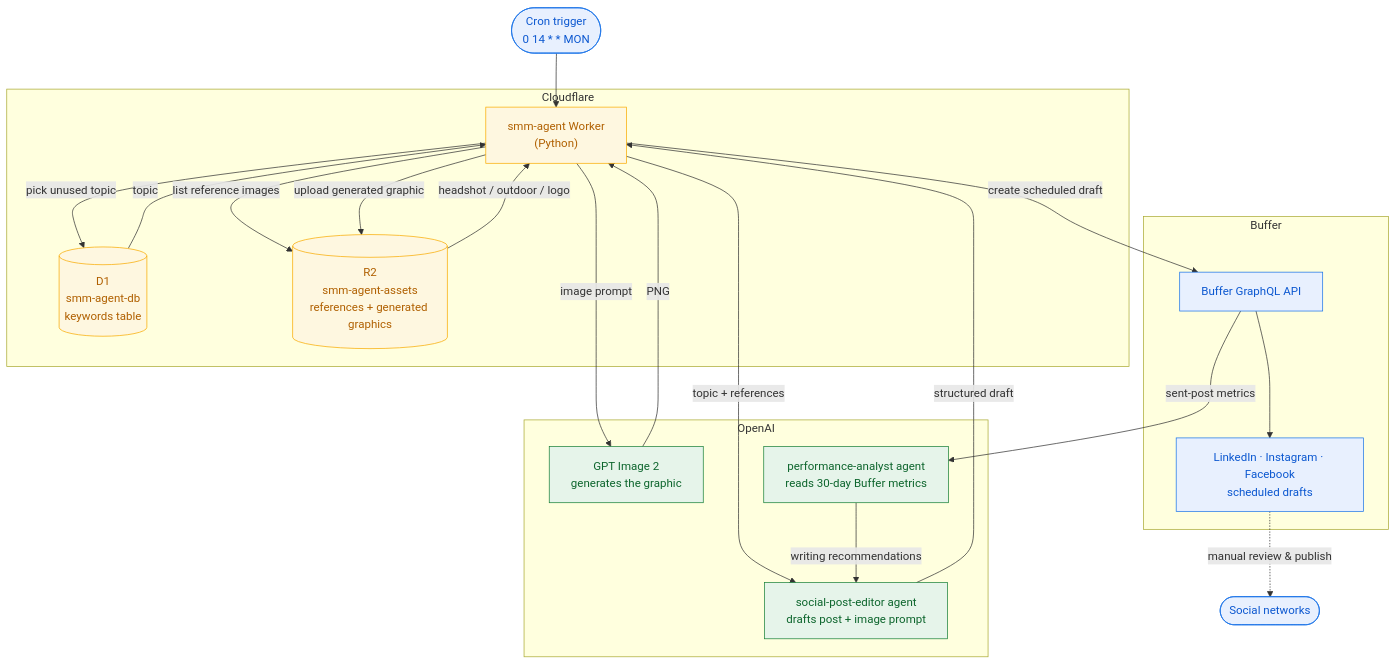
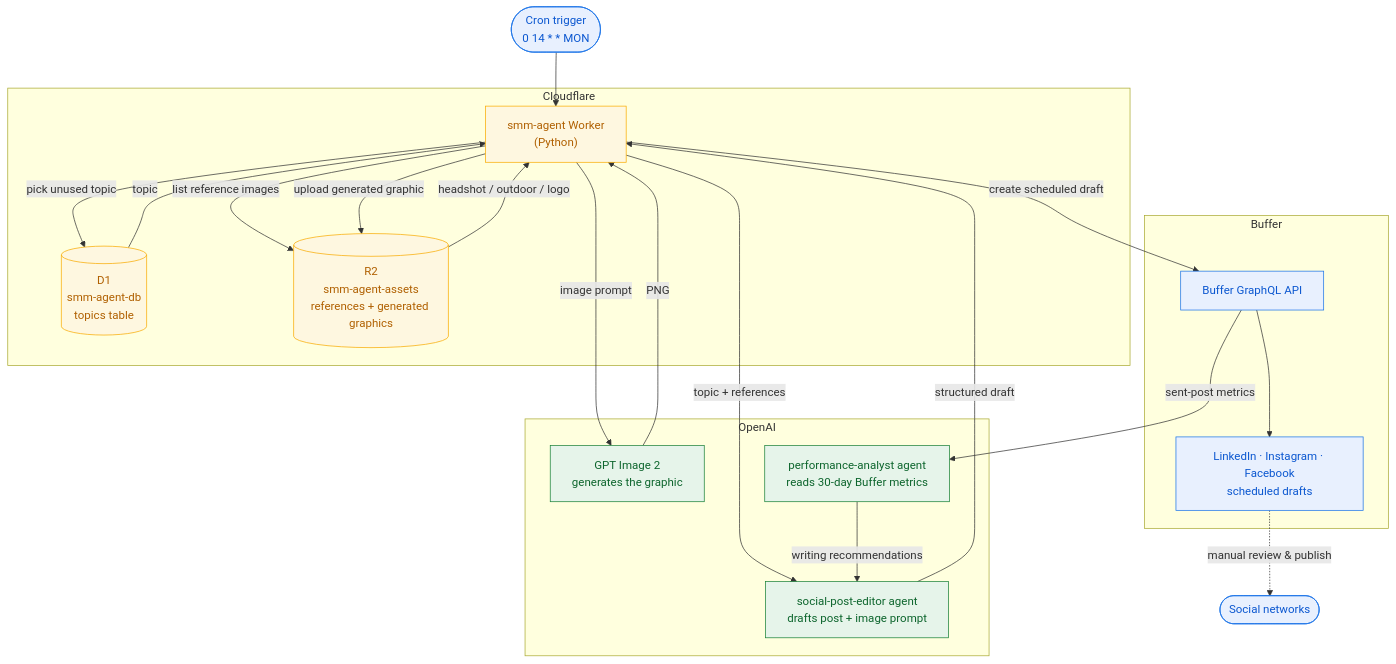
Before and after one commit to glry2ua/smm-agent: the diagram in README.md, drawn with Mermaid. The commit also changed other lines of this file and 117 other files, not shown here.

````diff
--- a/README.md
+++ b/README.md
@@ -34,36 +33,36 @@
 ```mermaid
 flowchart TD
     classDef external fill:#e8f0fe,stroke:#1a73e8,color:#0b57d0
     classDef cf fill:#fef7e0,stroke:#f9ab00,color:#b06000
     classDef agent fill:#e6f4ea,stroke:#188038,color:#0d652d
 
     Cron(["Cron trigger<br/>0 14 * * MON"]):::external --> Worker
     subgraph cf ["Cloudflare"]
         Worker["smm-agent Worker<br/>(Python)"]:::cf
-        D1[("D1<br/>smm-agent-db<br/>keywords table")]:::cf
+        D1[("D1<br/>smm-agent-db<br/>topics table")]:::cf
         R2[("R2<br/>smm-agent-assets<br/>references + generated graphics")]:::cf
         Worker -->|pick unused topic| D1
         D1 -->|topic| Worker
         Worker -->|list reference images| R2
         R2 -->|headshot / outdoor / logo| Worker
         Worker -->|upload generated graphic| R2
     end
     subgraph ai ["OpenAI"]
         Editor["social-post-editor agent<br/>drafts post + image prompt"]:::agent
         Image["GPT Image 2<br/>generates the graphic"]:::agent
         Analyst["performance-analyst agent<br/>reads 30-day Buffer metrics"]:::agent
     end
     Worker -->|topic + references| Editor
     Editor -->|structured draft| Worker
     Worker -->|image prompt| Image
     Image -->|PNG| Worker
     subgraph buf ["Buffer"]
         BufferAPI["Buffer GraphQL API"]:::external
         Channels["LinkedIn · Instagram · Facebook<br/>scheduled drafts"]:::external
     end
     Analyst -->|writing recommendations| Editor
     BufferAPI -->|sent-post metrics| Analyst
     Worker -->|create scheduled draft| BufferAPI
     BufferAPI --> Channels
     Channels -.->|manual review & publish| Social(["Social networks"]):::external
 ```
````
